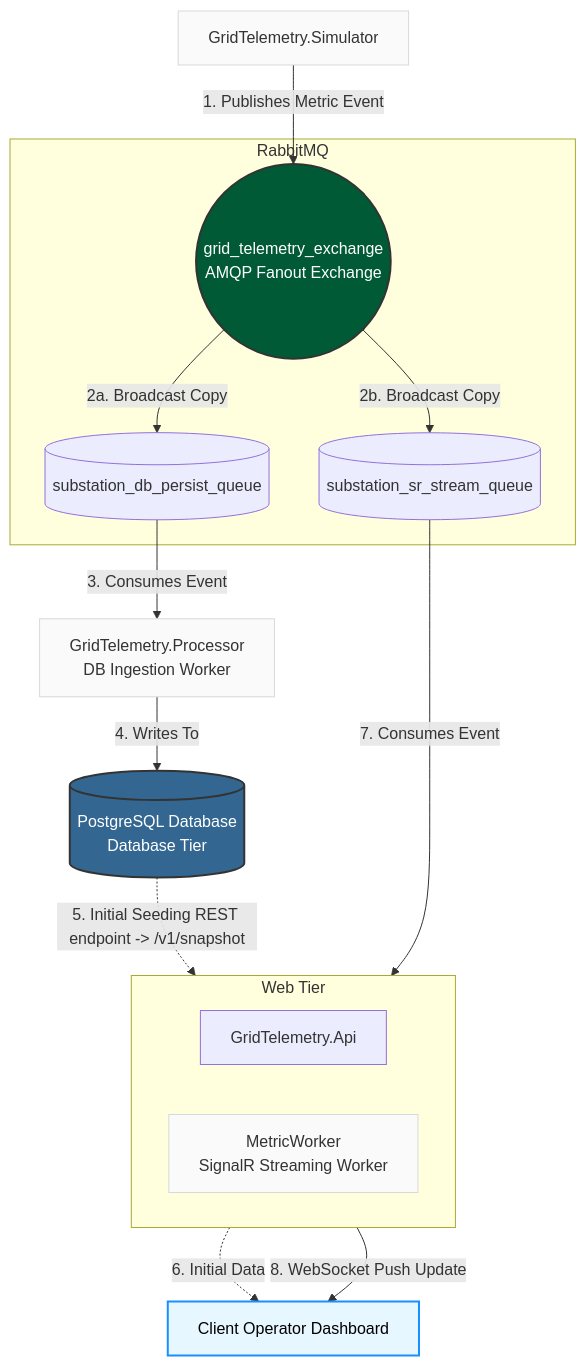
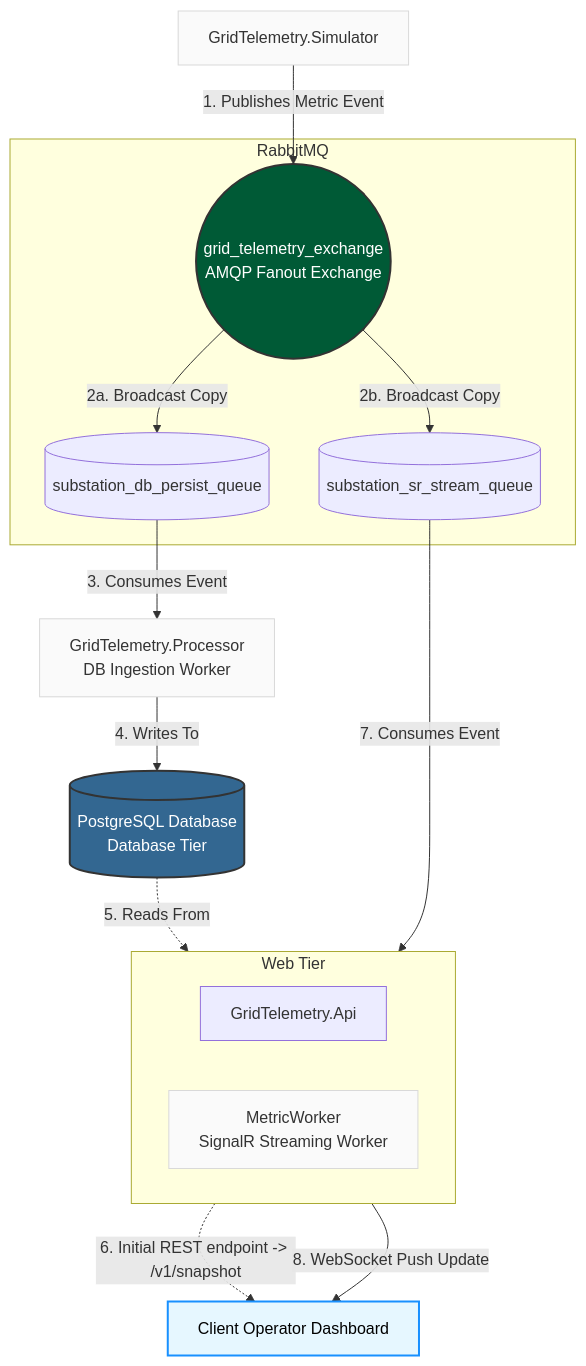
The diagram in README.md (asimadalat/grid-telemetry-poc), drawn with Mermaid before and after one commit.

Commit message:
readme: change labels to be more clear

````diff
--- a/README.md
+++ b/README.md
@@ -9,45 +9,45 @@
 ```mermaid
 graph TD
     %% Define System Nodes
     Sim[GridTelemetry.Simulator]
     Exch((grid_telemetry_exchange<br>AMQP Fanout Exchange))
     
     subgraph Message Broker Tier [RabbitMQ]
         Exch
         Q1[(substation_db_persist_queue)]
         Q2[(substation_sr_stream_queue)]
     end
     
     Proc[GridTelemetry.Processor<br>DB Ingestion Worker]
     DB[(PostgreSQL Database<br>Database Tier)]
     
     subgraph Web Tier
         direction LR
         Api[GridTelemetry.Api]
         HubWorker[MetricWorker<br>SignalR Streaming Worker]
     end
 
     UI[Client Operator Dashboard]
 
     %% Define Data Flows
     Sim -->|1. Publishes Metric Event| Exch
     Exch -->|2a. Broadcast Copy| Q1
     Exch -->|2b. Broadcast Copy| Q2
     
     Q1 -->|3. Consumes Event| Proc
     Proc -->|4. Writes To| DB
     
-    DB -.->|5. Initial Seeding REST endpoint -> /v1/snapshot| Api
-    Api -.->|6. Initial Data| UI
+    DB -.->|5. Reads From| Api
+    Api -.->|6. Initial REST endpoint -> /v1/snapshot| UI
     
     Q2 -->|7. Consumes Event| HubWorker
     HubWorker -->|8. WebSocket Push Update| UI
 
     %% Visual Styling
     style Exch fill:#005A36,stroke:#333,stroke-width:2px,color:#fff
     style DB fill:#336791,stroke:#333,stroke-width:2px,color:#fff
     style UI fill:#e6f7ff,stroke:#1890ff,stroke-width:2px,color:#000
     style Sim fill:#fafafa,stroke:#d9d9d9
     style Proc fill:#fafafa,stroke:#d9d9d9
     style HubWorker fill:#fafafa,stroke:#d9d9d9
 ```
````
